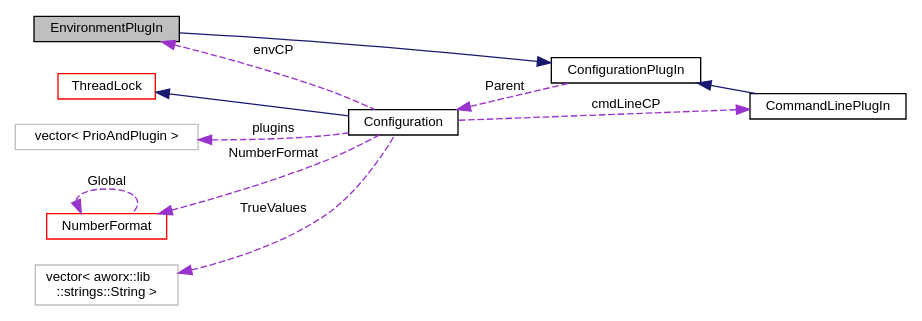
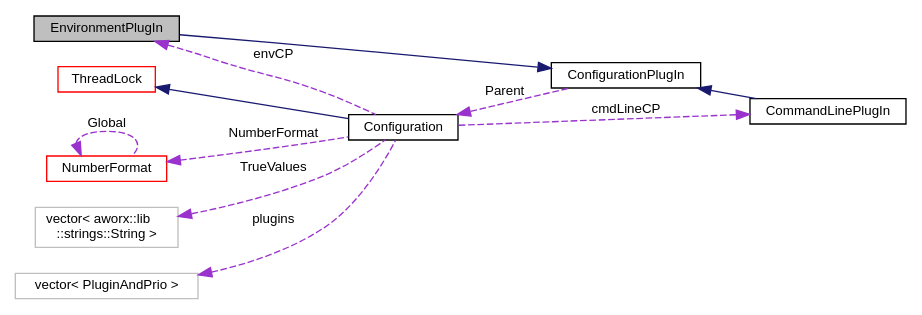
One commit to AlexWorx/ALox-Logging-Library changed the diagram in cpp_ref/classaworx_1_1lib_1_1config_1_1EnvironmentPlugIn__coll__graph.dot. Above: the diagram before and after it, drawn with Graphviz. The commit also changed 3197 other files, not shown here.

```diff
--- a/cpp_ref/classaworx_1_1lib_1_1config_1_1EnvironmentPlugIn__coll__graph.dot
+++ b/cpp_ref/classaworx_1_1lib_1_1config_1_1EnvironmentPlugIn__coll__graph.dot
@@ -1,24 +1,24 @@
 digraph "EnvironmentPlugIn"
 {
   edge [fontname="Helvetica",fontsize="10",labelfontname="Helvetica",labelfontsize="10"];
   node [fontname="Helvetica",fontsize="10",shape=record];
   rankdir="LR";
   Node1 [label="EnvironmentPlugIn",height=0.2,width=0.4,color="black", fillcolor="grey75", style="filled", fontcolor="black"];
   Node2 -> Node1 [dir="back",color="midnightblue",fontsize="10",style="solid",fontname="Helvetica"];
   Node2 [label="ConfigurationPlugIn",height=0.2,width=0.4,color="black", fillcolor="white", style="filled",URL="$classaworx_1_1lib_1_1config_1_1ConfigurationPlugIn.html"];
   Node3 -> Node2 [dir="back",color="darkorchid3",fontsize="10",style="dashed",label=" Parent" ,fontname="Helvetica"];
   Node3 [label="Configuration",height=0.2,width=0.4,color="black", fillcolor="white", style="filled",URL="$classaworx_1_1lib_1_1config_1_1Configuration.html"];
   Node4 -> Node3 [dir="back",color="midnightblue",fontsize="10",style="solid",fontname="Helvetica"];
   Node4 [label="ThreadLock",height=0.2,width=0.4,color="red", fillcolor="white", style="filled",URL="$classaworx_1_1lib_1_1threads_1_1ThreadLock.html"];
-  Node5 -> Node3 [dir="back",color="darkorchid3",fontsize="10",style="dashed",label=" plugins" ,fontname="Helvetica"];
-  Node5 [label="vector\< PrioAndPlugin \>",height=0.2,width=0.4,color="grey75", fillcolor="white", style="filled"];
-  Node6 -> Node3 [dir="back",color="darkorchid3",fontsize="10",style="dashed",label=" NumberFormat" ,fontname="Helvetica"];
-  Node6 [label="NumberFormat",height=0.2,width=0.4,color="red", fillcolor="white", style="filled",URL="$classaworx_1_1lib_1_1strings_1_1NumberFormat.html"];
-  Node6 -> Node6 [dir="back",color="darkorchid3",fontsize="10",style="dashed",label=" Global" ,fontname="Helvetica"];
-  Node7 -> Node3 [dir="back",color="darkorchid3",fontsize="10",style="dashed",label=" TrueValues" ,fontname="Helvetica"];
-  Node7 [label="vector\< aworx::lib\l::strings::String \>",height=0.2,width=0.4,color="grey75", fillcolor="white", style="filled"];
+  Node5 -> Node3 [dir="back",color="darkorchid3",fontsize="10",style="dashed",label=" NumberFormat" ,fontname="Helvetica"];
+  Node5 [label="NumberFormat",height=0.2,width=0.4,color="red", fillcolor="white", style="filled",URL="$classaworx_1_1lib_1_1strings_1_1NumberFormat.html"];
+  Node5 -> Node5 [dir="back",color="darkorchid3",fontsize="10",style="dashed",label=" Global" ,fontname="Helvetica"];
+  Node6 -> Node3 [dir="back",color="darkorchid3",fontsize="10",style="dashed",label=" TrueValues" ,fontname="Helvetica"];
+  Node6 [label="vector\< aworx::lib\l::strings::String \>",height=0.2,width=0.4,color="grey75", fillcolor="white", style="filled"];
   Node1 -> Node3 [dir="back",color="darkorchid3",fontsize="10",style="dashed",label=" envCP" ,fontname="Helvetica"];
+  Node7 -> Node3 [dir="back",color="darkorchid3",fontsize="10",style="dashed",label=" plugins" ,fontname="Helvetica"];
+  Node7 [label="vector\< PluginAndPrio \>",height=0.2,width=0.4,color="grey75", fillcolor="white", style="filled"];
   Node8 -> Node3 [dir="back",color="darkorchid3",fontsize="10",style="dashed",label=" cmdLineCP" ,fontname="Helvetica"];
   Node8 [label="CommandLinePlugIn",height=0.2,width=0.4,color="black", fillcolor="white", style="filled",URL="$classaworx_1_1lib_1_1config_1_1CommandLinePlugIn.html"];
   Node2 -> Node8 [dir="back",color="midnightblue",fontsize="10",style="solid",fontname="Helvetica"];
 }
```
